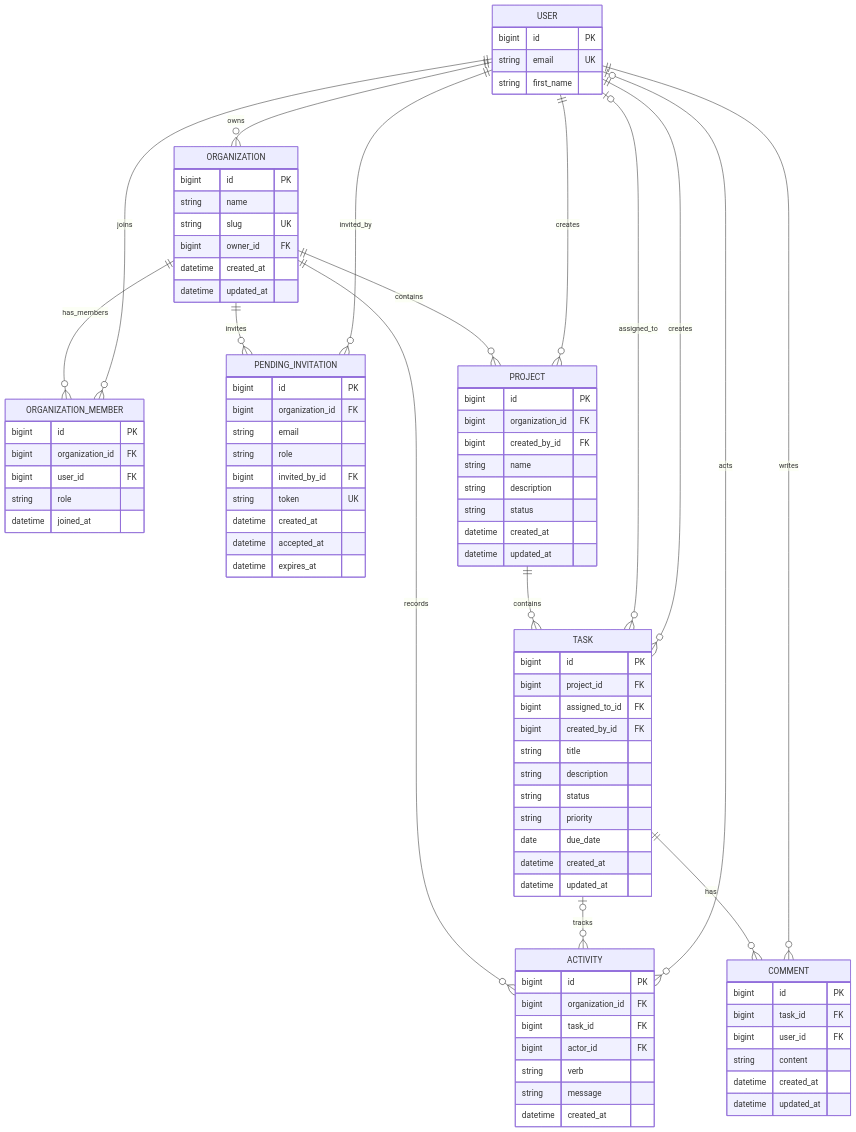
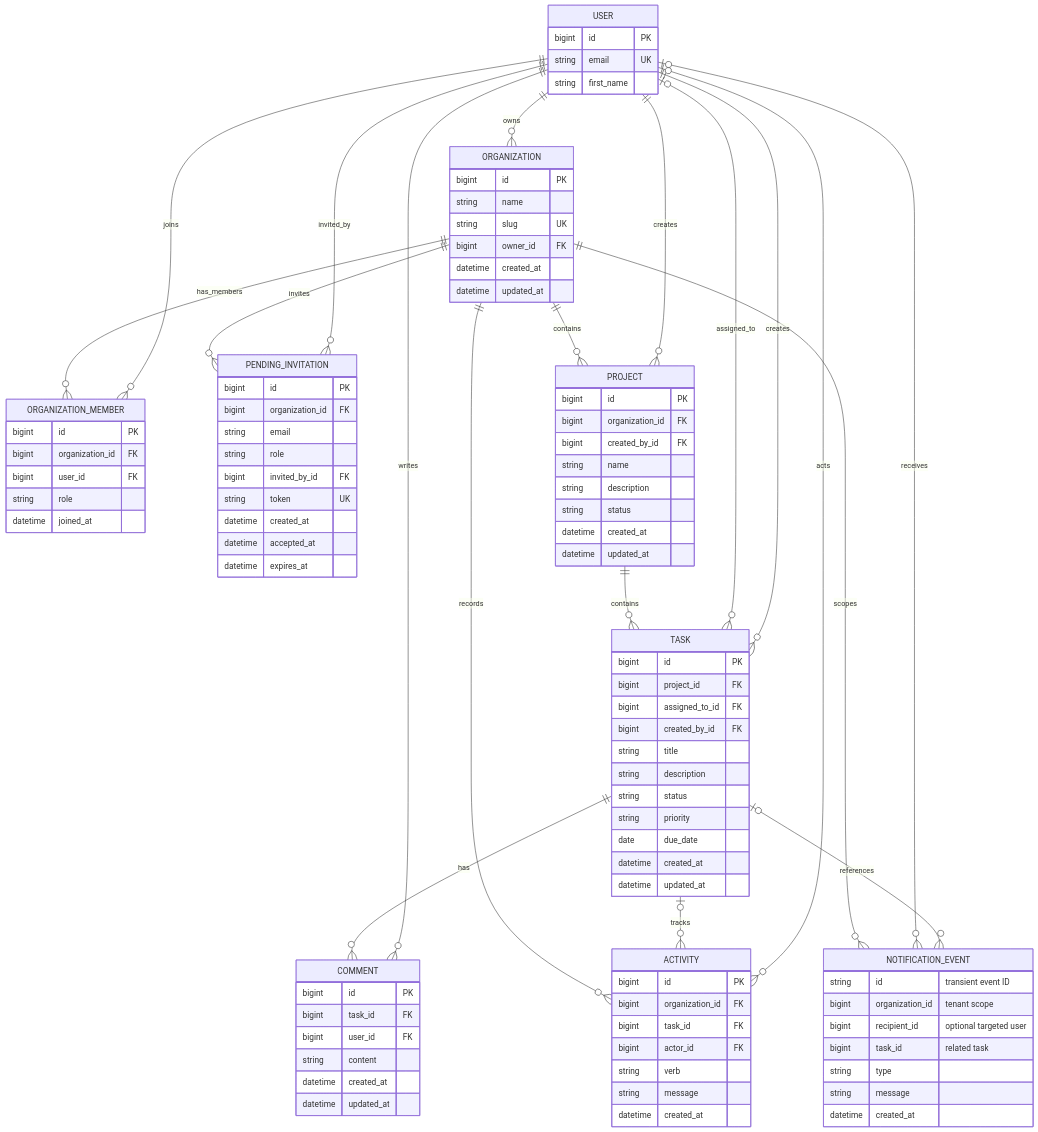
The diagram in DATABASE_SCHEMA.md (fizasayeed776/tasklane-project), drawn with Mermaid before and after one commit. The commit also changed other lines of this file and 31 other files, not shown here.

````diff
--- a/DATABASE_SCHEMA.md
+++ b/DATABASE_SCHEMA.md
@@ -77,6 +77,15 @@
         string message
         datetime created_at
     }
+    NOTIFICATION_EVENT {
+        string id "transient event ID"
+        bigint organization_id "tenant scope"
+        bigint recipient_id "optional targeted user"
+        bigint task_id "related task"
+        string type
+        string message
+        datetime created_at
+    }
 
     USER ||--o{ ORGANIZATION : owns
     ORGANIZATION ||--o{ ORGANIZATION_MEMBER : has_members
@@ -93,4 +102,7 @@
     ORGANIZATION ||--o{ ACTIVITY : records
     TASK o|--o{ ACTIVITY : tracks
     USER o|--o{ ACTIVITY : acts
+    ORGANIZATION ||--o{ NOTIFICATION_EVENT : scopes
+    USER o|--o{ NOTIFICATION_EVENT : receives
+    TASK o|--o{ NOTIFICATION_EVENT : references
 ```
````
